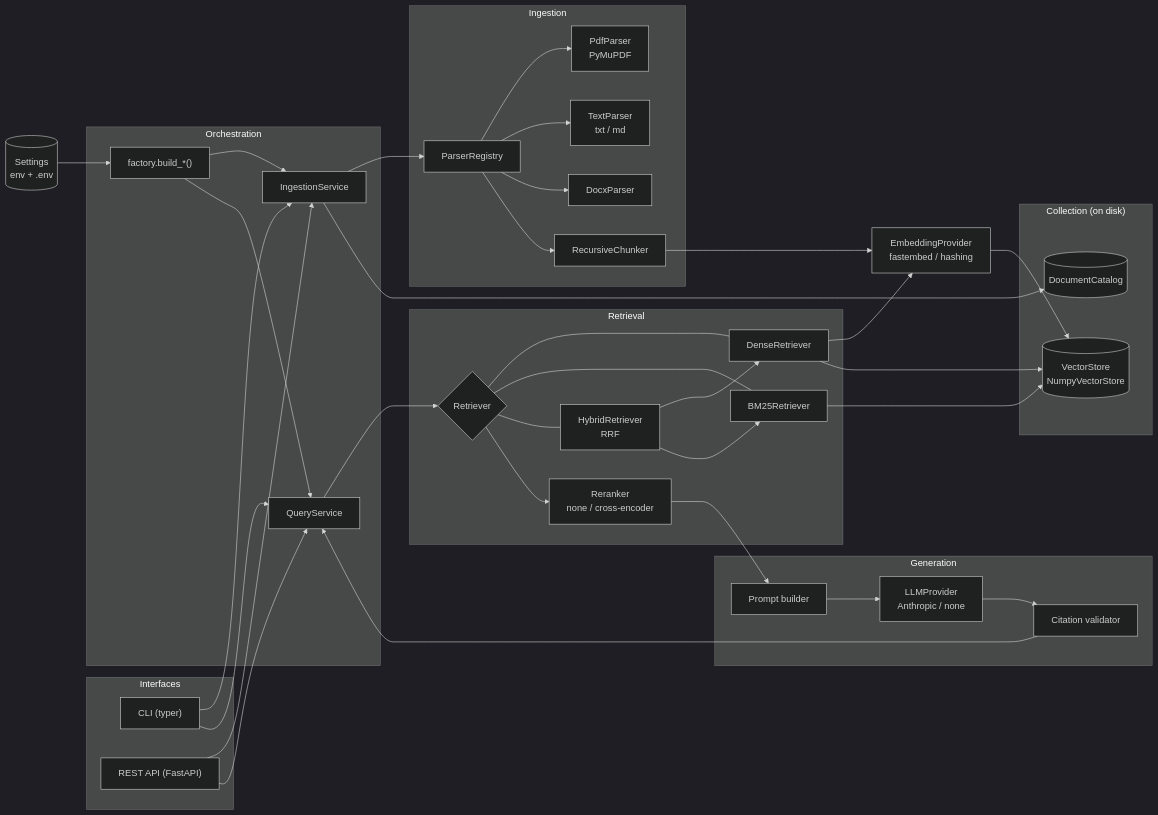
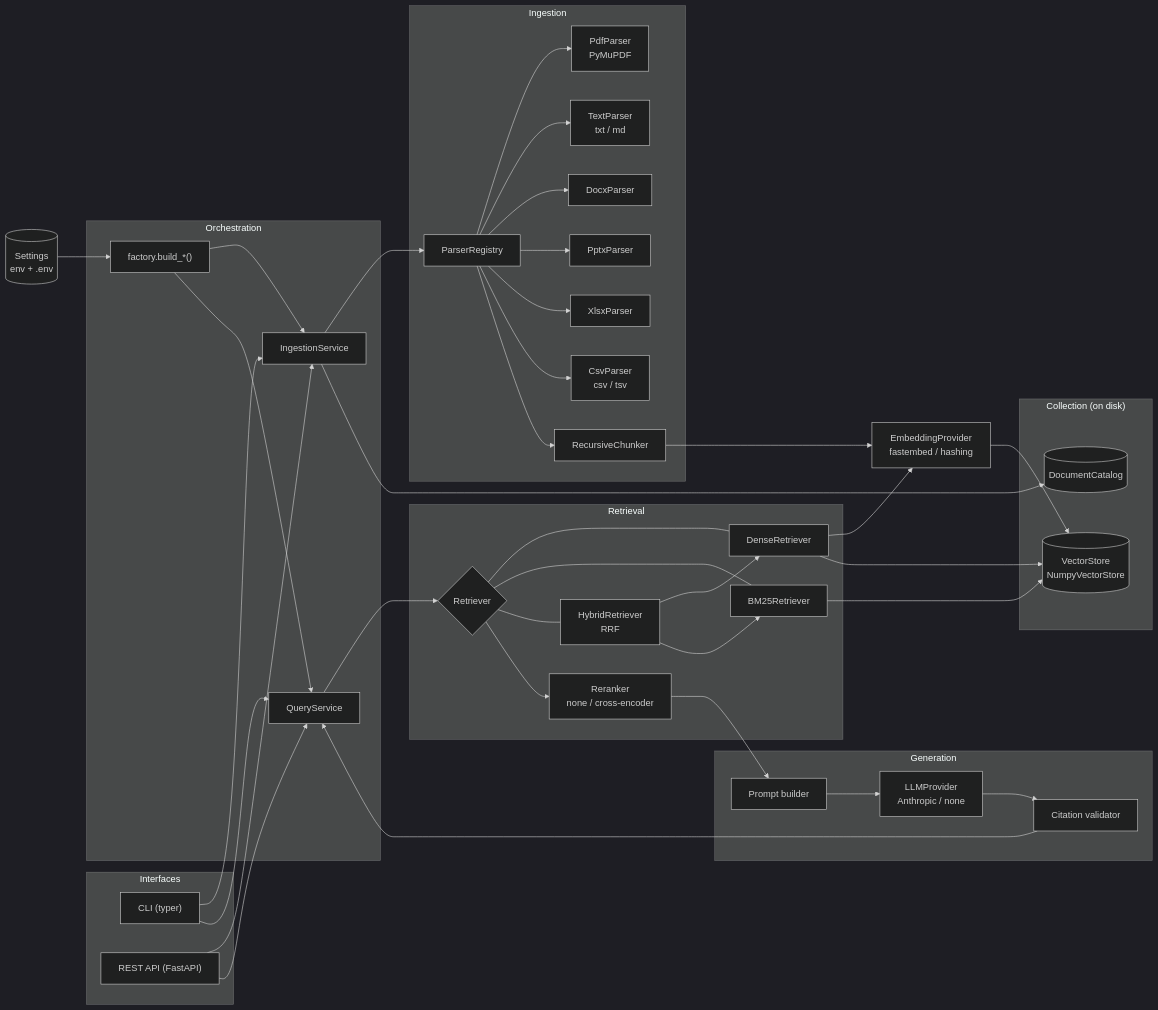
Before and after one commit to Rishabh2561/RAG_assessment: the first of 4 diagrams in docs/01_ARCHITECTURE.md, drawn with Mermaid (dark theme). The commit also changed other lines of this file and 38 other files, not shown here.

````diff
--- a/docs/01_ARCHITECTURE.md
+++ b/docs/01_ARCHITECTURE.md
@@ -16,55 +16,58 @@
 ```mermaid
 flowchart LR
     subgraph Interfaces
         CLI["CLI (typer)"]
         API["REST API (FastAPI)"]
     end
 
     subgraph Orchestration
         F["factory.build_*()"]
         IS[IngestionService]
         QS[QueryService]
     end
 
     subgraph Ingestion
         PR[ParserRegistry] --> P1[PdfParser<br/>PyMuPDF]
         PR --> P2[TextParser<br/>txt / md]
         PR --> P3[DocxParser]
+        PR --> P4[PptxParser]
+        PR --> P5[XlsxParser]
+        PR --> P6[CsvParser<br/>csv / tsv]
         CH[RecursiveChunker]
     end
 
     subgraph Knowledge["Collection (on disk)"]
         VS[(VectorStore<br/>NumpyVectorStore)]
         CAT[(DocumentCatalog)]
     end
 
     subgraph Retrieval
         R{Retriever}
         DR[DenseRetriever]
         LR[BM25Retriever]
         HR[HybridRetriever<br/>RRF]
         RR[Reranker<br/>none / cross-encoder]
     end
 
     subgraph Generation
         PB[Prompt builder]
         LLM[LLMProvider<br/>Anthropic / none]
         CV[Citation validator]
     end
 
     EMB[EmbeddingProvider<br/>fastembed / hashing]
     CFG[(Settings<br/>env + .env)]
 
     CLI --> IS & QS
     API --> IS & QS
     CFG --> F --> IS & QS
     IS --> PR --> CH --> EMB --> VS
     IS --> CAT
     QS --> R
     R --- DR & LR & HR
     DR --> EMB
     DR --> VS
     LR --> VS
     HR --> DR & LR
     R --> RR --> PB --> LLM --> CV --> QS
 ```
````
